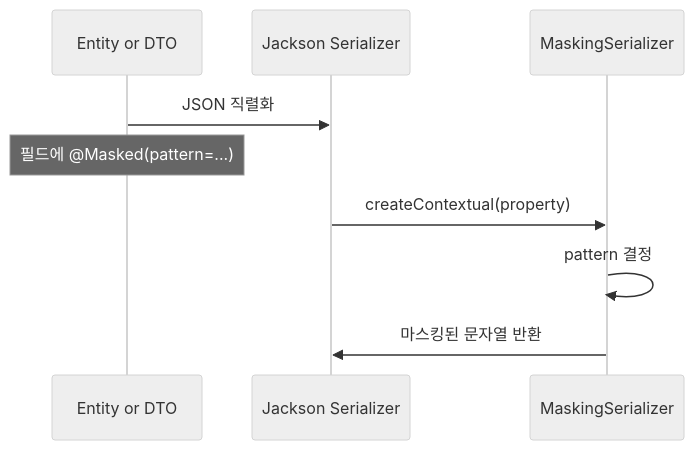
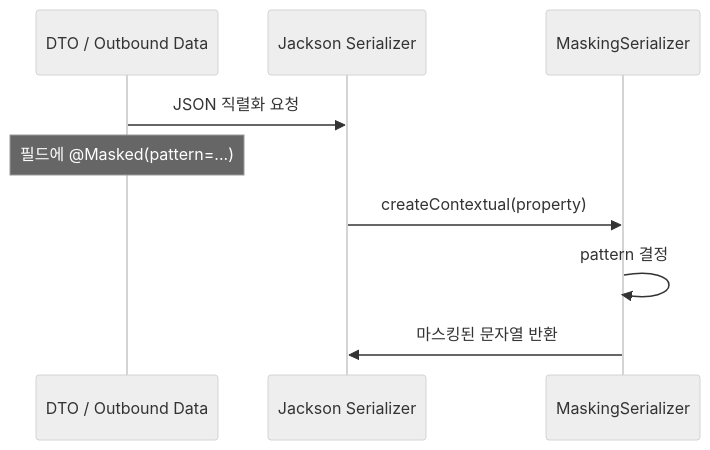
One commit to skyg547/account changed the third of 4 diagrams in shared-kernel/docs/process-flow.md. Above: the diagram before and after it, drawn with Mermaid (neutral theme). The commit also changed other lines of this file and 94 other files, not shown here.

````diff
--- a/shared-kernel/docs/process-flow.md
+++ b/shared-kernel/docs/process-flow.md
@@ -32,12 +37,12 @@
 ```mermaid
 sequenceDiagram
-    participant Entity as Entity or DTO
+    participant Entity as DTO / Outbound Data
     participant Jackson as Jackson Serializer
     participant Mask as MaskingSerializer
 
-    Entity->>Jackson: JSON 직렬화
+    Entity->>Jackson: JSON 직렬화 요청
     Note over Entity: 필드에 @Masked(pattern=...)
     Jackson->>Mask: createContextual(property)
     Mask->>Mask: pattern 결정
     Mask->>Jackson: 마스킹된 문자열 반환
 ```
````
